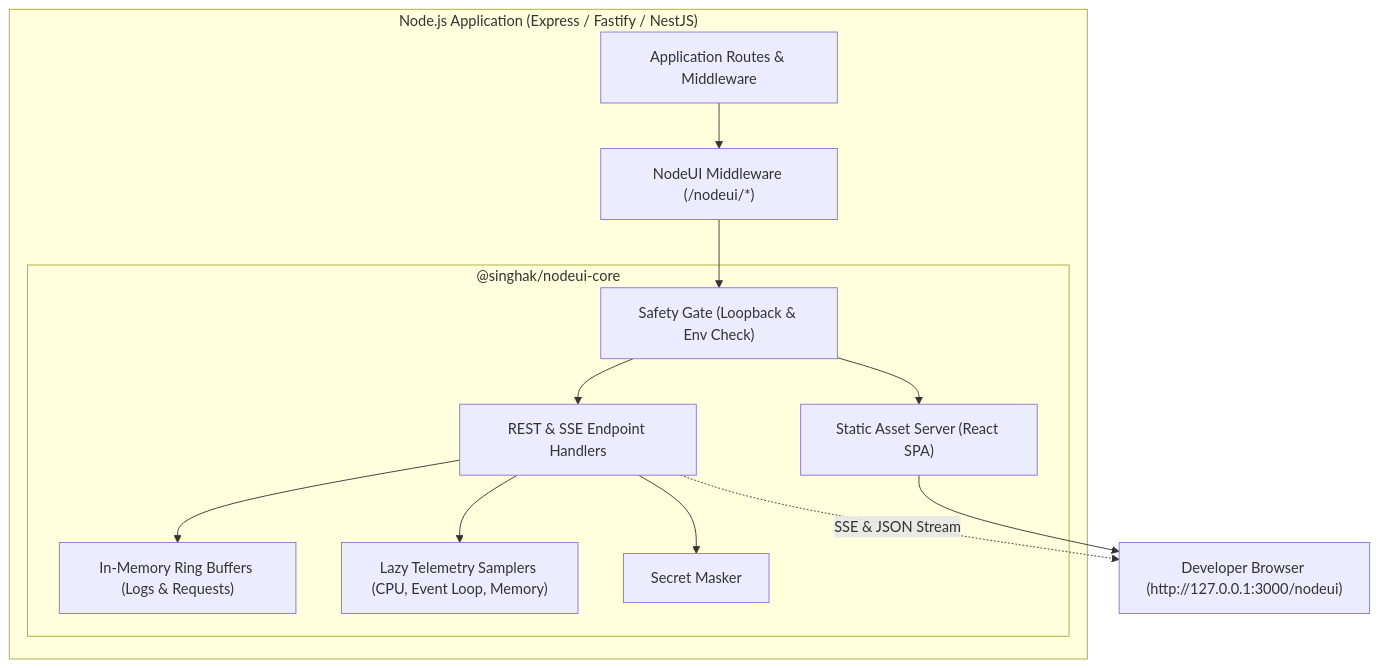
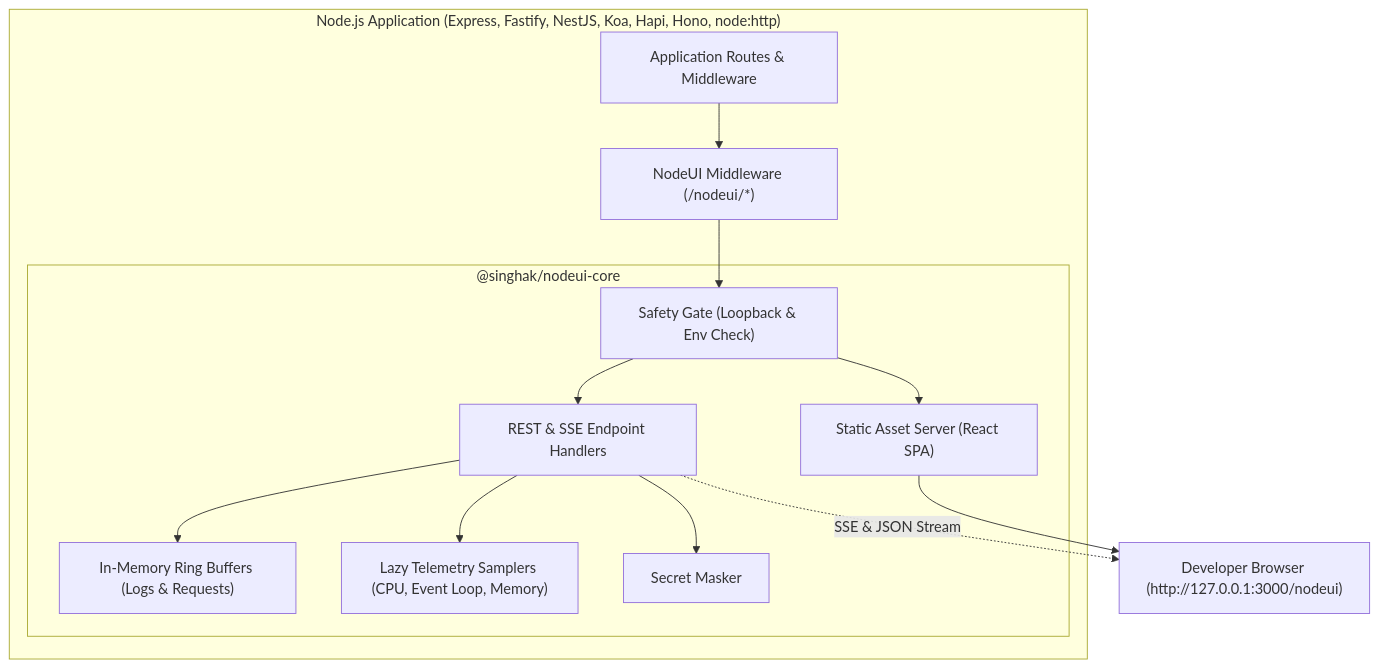
The diagram in README.md (Singhak/nodeui), drawn with Mermaid before and after one commit. The commit also changed other lines of this file and 2 other files, not shown here.

````diff
--- a/README.md
+++ b/README.md
@@ -469,28 +482,28 @@
 ```mermaid
 flowchart TB
-    subgraph HostApp["Node.js Application (Express / Fastify / NestJS)"]
+    subgraph HostApp["Node.js Application (Express, Fastify, NestJS, Koa, Hapi, Hono, node:http)"]
         Router["Application Routes & Middleware"]
         NodeUIMW["NodeUI Middleware (/nodeui/*)"]
 
         subgraph CoreEngine["@singhak/nodeui-core"]
             SafetyGate["Safety Gate (Loopback & Env Check)"]
             SecretMasker["Secret Masker"]
             RingBuffer["In-Memory Ring Buffers (Logs & Requests)"]
             Samplers["Lazy Telemetry Samplers (CPU, Event Loop, Memory)"]
             StaticServer["Static Asset Server (React SPA)"]
             RESTAPI["REST & SSE Endpoint Handlers"]
         end
     end
 
     Browser["Developer Browser (http://127.0.0.1:3000/nodeui)"]
 
     Router --> NodeUIMW
     NodeUIMW --> SafetyGate
     SafetyGate --> RESTAPI
     SafetyGate --> StaticServer
     RESTAPI --> RingBuffer
     RESTAPI --> Samplers
     RESTAPI --> SecretMasker
     StaticServer --> Browser
     RESTAPI -.->|SSE & JSON Stream| Browser
 ```
````
